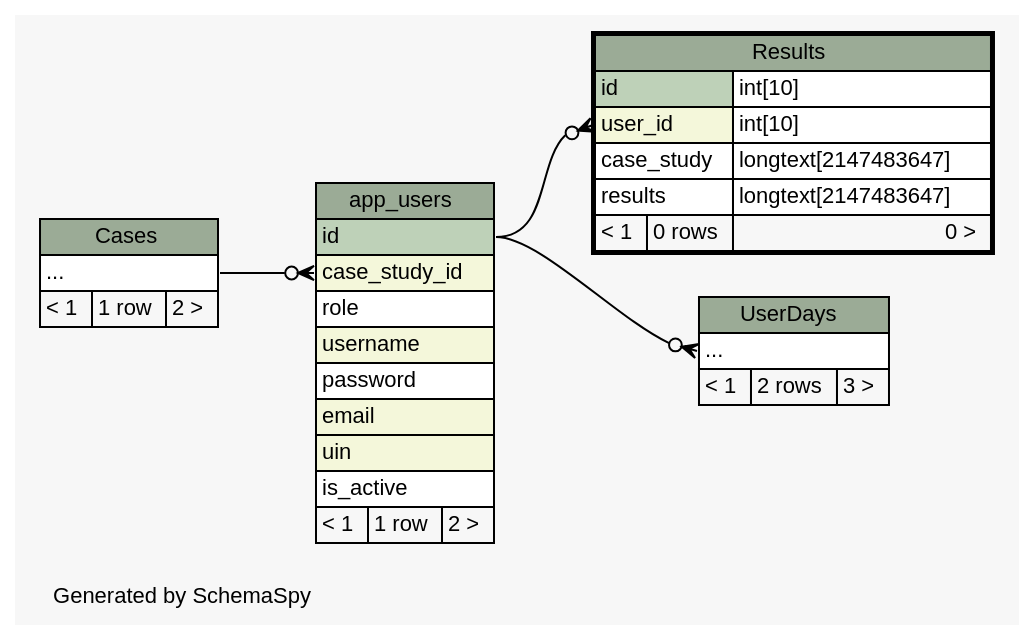
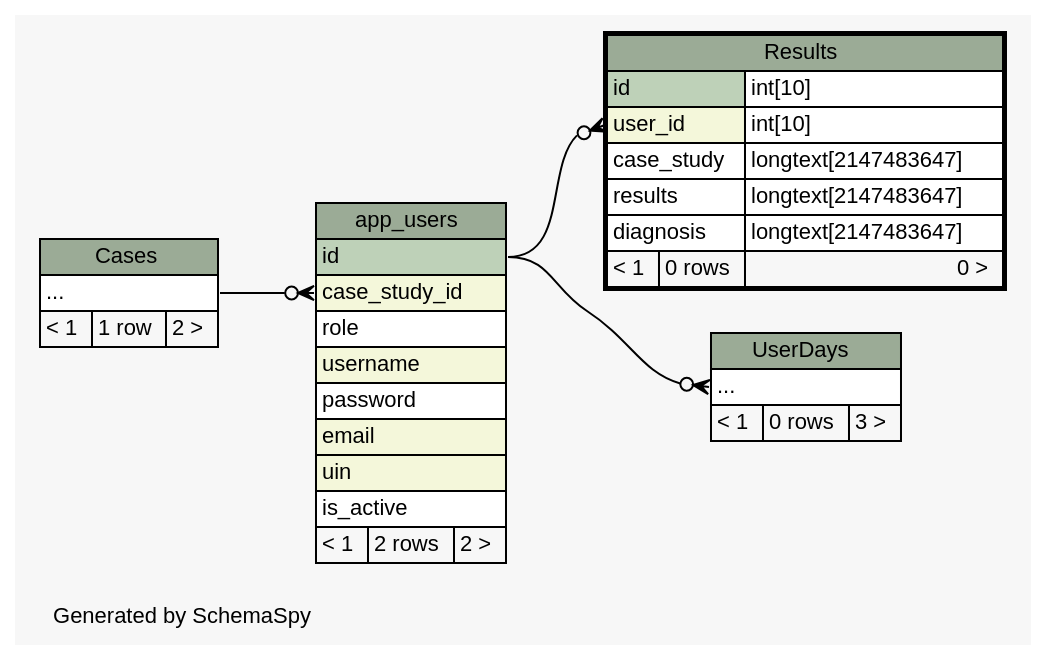
One commit to carrel2/CaseStudies changed the diagram in web/files/schema/diagrams/Results.2degrees.dot. Above: the diagram before and after it, drawn with Graphviz. The commit also changed 228 other files, not shown here.

```diff
--- a/web/files/schema/diagrams/Results.2degrees.dot
+++ b/web/files/schema/diagrams/Results.2degrees.dot
@@ -1,75 +1,76 @@
-// dot 2.38.0 on Linux 4.4.0-67-generic
+// dot 2.38.0 on Linux 4.4.0-72-generic
 // SchemaSpy rev 590
 digraph "twoDegreesRelationshipsDiagram" {
   graph [
     rankdir="RL"
     bgcolor="#f7f7f7"
     label="\nGenerated by SchemaSpy"
     labeljust="l"
     nodesep="0.18"
     ranksep="0.46"
     fontname="Helvetica"
     fontsize="11"
   ];
   node [
     fontname="Helvetica"
     fontsize="11"
     shape="plaintext"
   ];
   edge [
     arrowsize="0.8"
   ];
   "app_users":"case_study_id":w -> "Cases":"elipses":e [arrowhead=none dir=back arrowtail=crowodot];
   "Results":"user_id":w -> "app_users":"id":e [arrowhead=none dir=back arrowtail=crowodot];
   "UserDays":"elipses":w -> "app_users":"id":e [arrowhead=none dir=back arrowtail=crowodot];
   "app_users" [
     label=<
     <TABLE BORDER="0" CELLBORDER="1" CELLSPACING="0" BGCOLOR="#ffffff">
       <TR><TD COLSPAN="3" BGCOLOR="#9bab96" ALIGN="CENTER">app_users</TD></TR>
       <TR><TD PORT="id" COLSPAN="3" BGCOLOR="#bed1b8" ALIGN="LEFT">id</TD></TR>
       <TR><TD PORT="case_study_id" COLSPAN="3" BGCOLOR="#f4f7da" ALIGN="LEFT">case_study_id</TD></TR>
       <TR><TD PORT="role" COLSPAN="3" ALIGN="LEFT">role</TD></TR>
       <TR><TD PORT="username" COLSPAN="3" BGCOLOR="#f4f7da" ALIGN="LEFT">username</TD></TR>
       <TR><TD PORT="password" COLSPAN="3" ALIGN="LEFT">password</TD></TR>
       <TR><TD PORT="email" COLSPAN="3" BGCOLOR="#f4f7da" ALIGN="LEFT">email</TD></TR>
       <TR><TD PORT="uin" COLSPAN="3" BGCOLOR="#f4f7da" ALIGN="LEFT">uin</TD></TR>
       <TR><TD PORT="is_active" COLSPAN="3" ALIGN="LEFT">is_active</TD></TR>
-      <TR><TD ALIGN="LEFT" BGCOLOR="#f7f7f7">&lt; 1</TD><TD ALIGN="RIGHT" BGCOLOR="#f7f7f7">1 row</TD><TD ALIGN="RIGHT" BGCOLOR="#f7f7f7">2 &gt;</TD></TR>
+      <TR><TD ALIGN="LEFT" BGCOLOR="#f7f7f7">&lt; 1</TD><TD ALIGN="RIGHT" BGCOLOR="#f7f7f7">2 rows</TD><TD ALIGN="RIGHT" BGCOLOR="#f7f7f7">2 &gt;</TD></TR>
     </TABLE>>
     URL="app_users.html"
     tooltip="app_users"
   ];
   "Cases" [
     label=<
     <TABLE BORDER="0" CELLBORDER="1" CELLSPACING="0" BGCOLOR="#ffffff">
       <TR><TD COLSPAN="3" BGCOLOR="#9bab96" ALIGN="CENTER">Cases</TD></TR>
       <TR><TD PORT="elipses" COLSPAN="3" ALIGN="LEFT">...</TD></TR>
       <TR><TD ALIGN="LEFT" BGCOLOR="#f7f7f7">&lt; 1</TD><TD ALIGN="RIGHT" BGCOLOR="#f7f7f7">1 row</TD><TD ALIGN="RIGHT" BGCOLOR="#f7f7f7">2 &gt;</TD></TR>
     </TABLE>>
     URL="Cases.html"
     tooltip="Cases"
   ];
   "Results" [
     label=<
     <TABLE BORDER="2" CELLBORDER="1" CELLSPACING="0" BGCOLOR="#ffffff">
       <TR><TD COLSPAN="3" BGCOLOR="#9bab96" ALIGN="CENTER">Results</TD></TR>
       <TR><TD PORT="id" COLSPAN="2" BGCOLOR="#bed1b8" ALIGN="LEFT">id</TD><TD PORT="id.type" ALIGN="LEFT">int[10]</TD></TR>
       <TR><TD PORT="user_id" COLSPAN="2" BGCOLOR="#f4f7da" ALIGN="LEFT">user_id</TD><TD PORT="user_id.type" ALIGN="LEFT">int[10]</TD></TR>
       <TR><TD PORT="case_study" COLSPAN="2" ALIGN="LEFT">case_study</TD><TD PORT="case_study.type" ALIGN="LEFT">longtext[2147483647]</TD></TR>
       <TR><TD PORT="results" COLSPAN="2" ALIGN="LEFT">results</TD><TD PORT="results.type" ALIGN="LEFT">longtext[2147483647]</TD></TR>
+      <TR><TD PORT="diagnosis" COLSPAN="2" ALIGN="LEFT">diagnosis</TD><TD PORT="diagnosis.type" ALIGN="LEFT">longtext[2147483647]</TD></TR>
       <TR><TD ALIGN="LEFT" BGCOLOR="#f7f7f7">&lt; 1</TD><TD ALIGN="RIGHT" BGCOLOR="#f7f7f7">0 rows</TD><TD ALIGN="RIGHT" BGCOLOR="#f7f7f7">0 &gt;</TD></TR>
     </TABLE>>
     URL="Results.html"
     tooltip="Results"
   ];
   "UserDays" [
     label=<
     <TABLE BORDER="0" CELLBORDER="1" CELLSPACING="0" BGCOLOR="#ffffff">
       <TR><TD COLSPAN="3" BGCOLOR="#9bab96" ALIGN="CENTER">UserDays</TD></TR>
       <TR><TD PORT="elipses" COLSPAN="3" ALIGN="LEFT">...</TD></TR>
-      <TR><TD ALIGN="LEFT" BGCOLOR="#f7f7f7">&lt; 1</TD><TD ALIGN="RIGHT" BGCOLOR="#f7f7f7">2 rows</TD><TD ALIGN="RIGHT" BGCOLOR="#f7f7f7">3 &gt;</TD></TR>
+      <TR><TD ALIGN="LEFT" BGCOLOR="#f7f7f7">&lt; 1</TD><TD ALIGN="RIGHT" BGCOLOR="#f7f7f7">0 rows</TD><TD ALIGN="RIGHT" BGCOLOR="#f7f7f7">3 &gt;</TD></TR>
     </TABLE>>
     URL="UserDays.html"
     tooltip="UserDays"
   ];
 }
```
